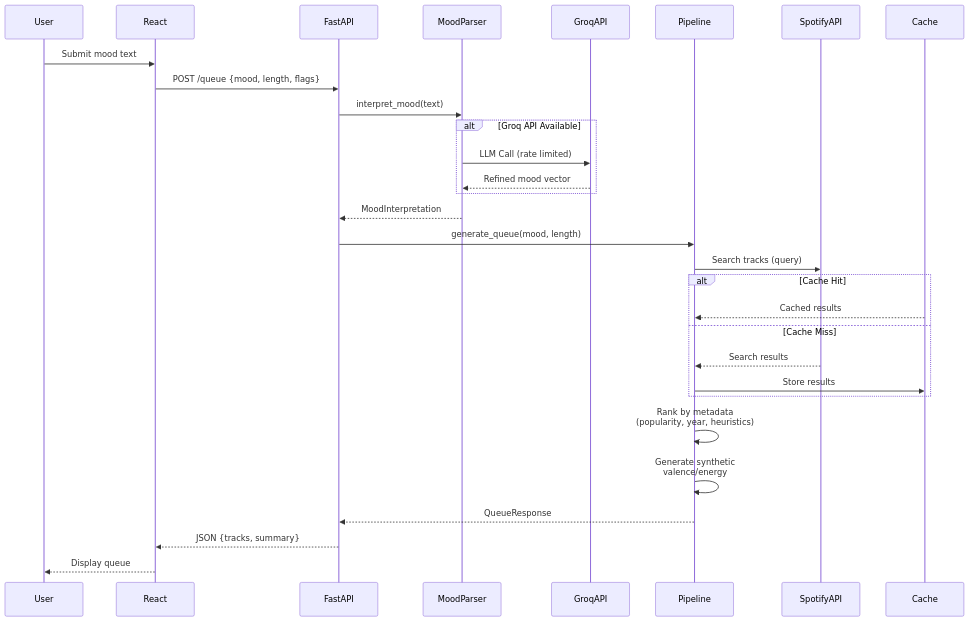
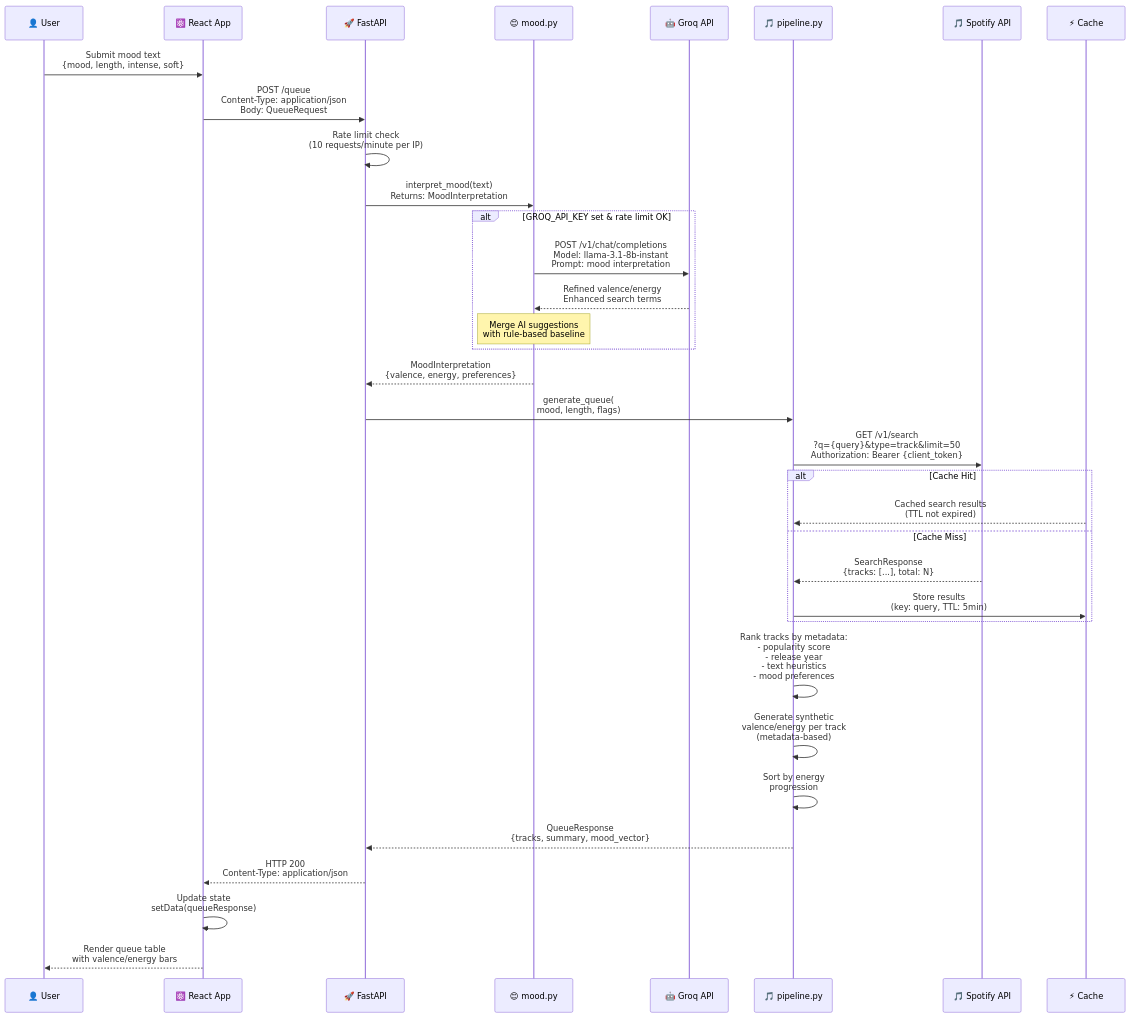
One commit to ajay-drew/Spotify-Induced-Music-Recommendation-AI changed the second of 7 diagrams in docs/ARCHITECTURE.md. Above: the diagram before and after it, drawn with Mermaid. The commit also changed other lines of this file, not shown here.

Commit message:
Update architecture diagrams: add technical details while keeping colorful, emoji-rich style

````diff
--- a/docs/ARCHITECTURE.md
+++ b/docs/ARCHITECTURE.md
@@ -148,37 +128,41 @@
 ```mermaid
 sequenceDiagram
-    participant User
-    participant React
-    participant FastAPI
-    participant MoodParser
-    participant GroqAPI
-    participant Pipeline
-    participant SpotifyAPI
-    participant Cache
+    participant User as 👤 User
+    participant React as ⚛️ React App
+    participant FastAPI as 🚀 FastAPI
+    participant MoodParser as 😊 mood.py
+    participant GroqAPI as 🤖 Groq API
+    participant Pipeline as 🎵 pipeline.py
+    participant SpotifyAPI as 🎵 Spotify API
+    participant Cache as ⚡ Cache
 
-    User->>React: Submit mood text
-    React->>FastAPI: POST /queue {mood, length, flags}
-    FastAPI->>MoodParser: interpret_mood(text)
+    User->>React: Submit mood text<br/>{mood, length, intense, soft}
+    React->>FastAPI: POST /queue<br/>Content-Type: application/json<br/>Body: QueueRequest
+    FastAPI->>FastAPI: Rate limit check<br/>(10 requests/minute per IP)
+    FastAPI->>MoodParser: interpret_mood(text)<br/>Returns: MoodInterpretation
     
-    alt Groq API Available
-        MoodParser->>GroqAPI: LLM Call (rate limited)
-        GroqAPI-->>MoodParser: Refined mood vector
+    alt GROQ_API_KEY set & rate limit OK
+        MoodParser->>GroqAPI: POST /v1/chat/completions<br/>Model: llama-3.1-8b-instant<br/>Prompt: mood interpretation
+        GroqAPI-->>MoodParser: Refined valence/energy<br/>Enhanced search terms
+        Note over MoodParser: Merge AI suggestions<br/>with rule-based baseline
     end
     
-    MoodParser-->>FastAPI: MoodInterpretation
-    FastAPI->>Pipeline: generate_queue(mood, length)
-    Pipeline->>SpotifyAPI: Search tracks (query)
+    MoodParser-->>FastAPI: MoodInterpretation<br/>{valence, energy, preferences}
+    FastAPI->>Pipeline: generate_queue(<br/>mood, length, flags)
+    Pipeline->>SpotifyAPI: GET /v1/search<br/>?q={query}&type=track&limit=50<br/>Authorization: Bearer {client_token}
     
     alt Cache Hit
-        Cache-->>Pipeline: Cached results
+        Cache-->>Pipeline: Cached search results<br/>(TTL not expired)
     else Cache Miss
-        SpotifyAPI-->>Pipeline: Search results
-        Pipeline->>Cache: Store results
+        SpotifyAPI-->>Pipeline: SearchResponse<br/>{tracks: [...], total: N}
+        Pipeline->>Cache: Store results<br/>(key: query, TTL: 5min)
     end
     
-    Pipeline->>Pipeline: Rank by metadata<br/>(popularity, year, heuristics)
-    Pipeline->>Pipeline: Generate synthetic<br/>valence/energy
-    Pipeline-->>FastAPI: QueueResponse
-    FastAPI-->>React: JSON {tracks, summary}
-    React-->>User: Display queue
+    Pipeline->>Pipeline: Rank tracks by metadata:<br/>- popularity score<br/>- release year<br/>- text heuristics<br/>- mood preferences
+    Pipeline->>Pipeline: Generate synthetic<br/>valence/energy per track<br/>(metadata-based)
+    Pipeline->>Pipeline: Sort by energy<br/>progression
+    Pipeline-->>FastAPI: QueueResponse<br/>{tracks, summary, mood_vector}
+    FastAPI-->>React: HTTP 200<br/>Content-Type: application/json
+    React->>React: Update state<br/>setData(queueResponse)
+    React-->>User: Render queue table<br/>with valence/energy bars
 ```
````
